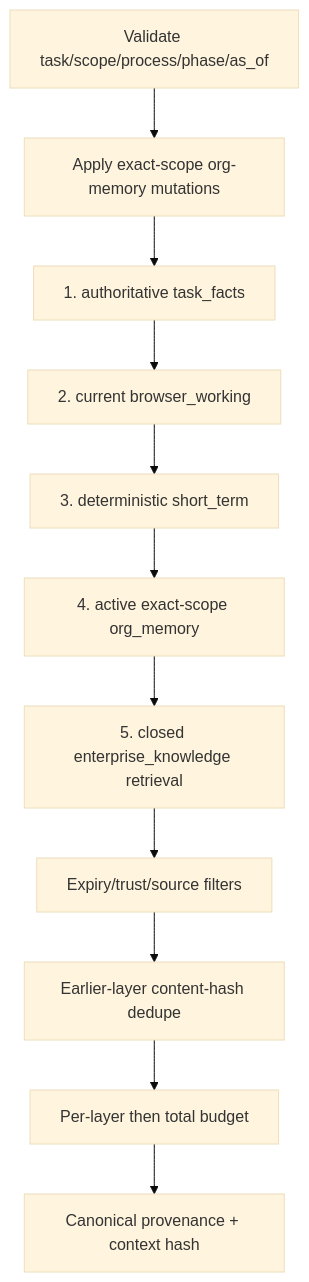
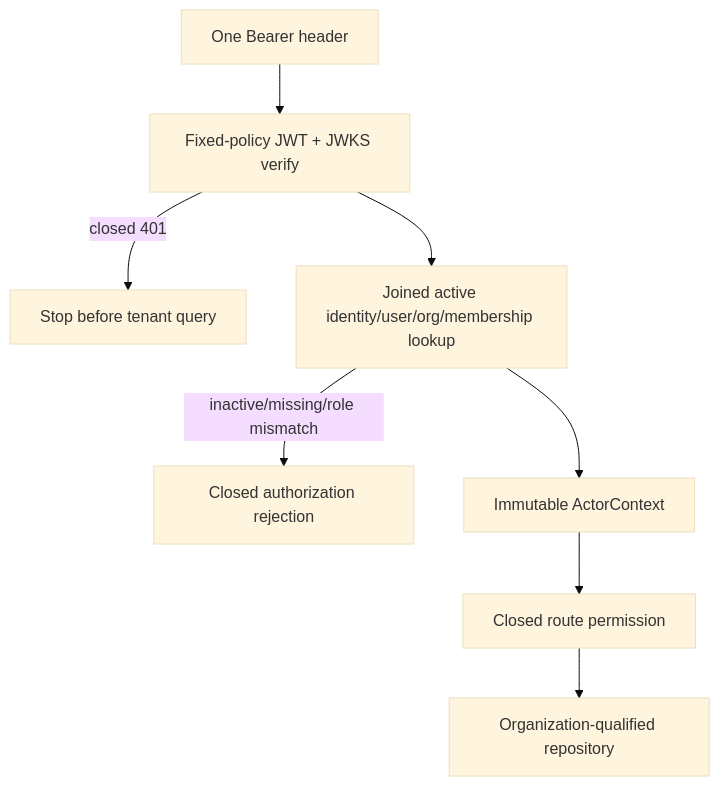
One commit to taka-wzx/flowpilot-arena changed the second of 2 diagrams in docs/architecture.md. Above: the diagram before and after it, drawn with Mermaid (base theme). The commit also changed other lines of this file and 49 other files, not shown here.

Commit message:
feat: add W10 identity and tenant isolation

```diff
--- a/docs/architecture.md
+++ b/docs/architecture.md
@@ -31,13 +52,10 @@
 ~~~mermaid
 flowchart TD
-    A["Validate task/scope/process/phase/as_of"] --> B["Apply exact-scope org-memory mutations"]
-    B --> C["1. authoritative task_facts"]
-    C --> D["2. current browser_working"]
-    D --> E["3. deterministic short_term"]
-    E --> F["4. active exact-scope org_memory"]
-    F --> G["5. closed enterprise_knowledge retrieval"]
-    G --> H["Expiry/trust/source filters"]
-    H --> I["Earlier-layer content-hash dedupe"]
-    I --> J["Per-layer then total budget"]
-    J --> K["Canonical provenance + context hash"]
+    Header["One Bearer header"] --> Verify["Fixed-policy JWT + JWKS verify"]
+    Verify -->|"closed 401"| RejectAuth["Stop before tenant query"]
+    Verify --> Lookup["Joined active identity/user/org/membership lookup"]
+    Lookup -->|"inactive/missing/role mismatch"| RejectRole["Closed authorization rejection"]
+    Lookup --> Actor["Immutable ActorContext"]
+    Actor --> Permission["Closed route permission"]
+    Permission --> Scoped["Organization-qualified repository"]
 ~~~
```
